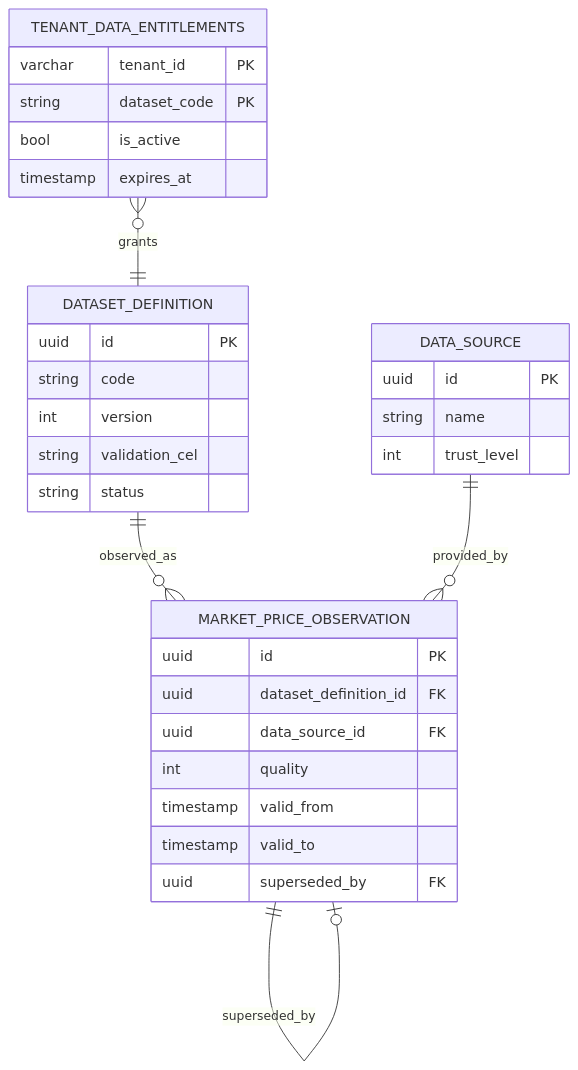
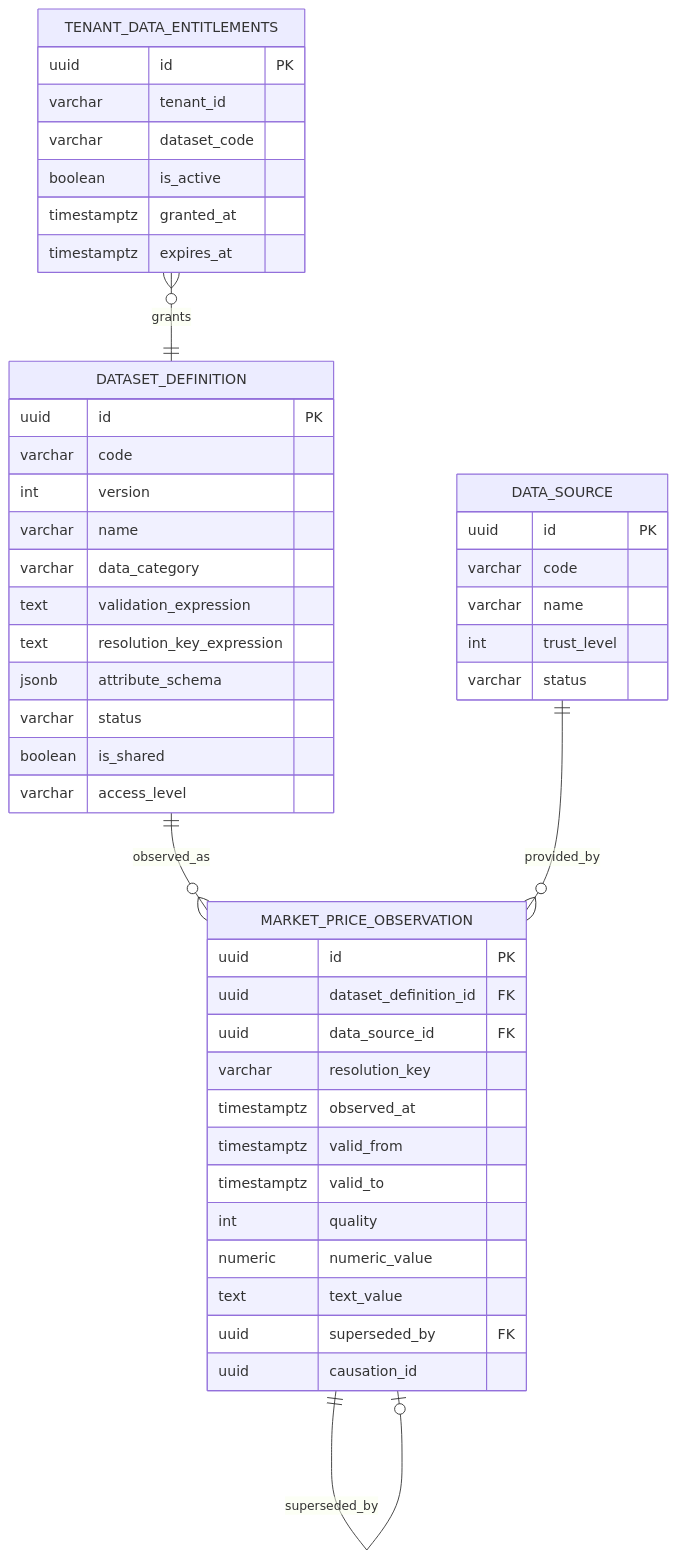
Before and after one commit to meridianhub/meridian: the tenth of 13 diagrams in docs/architecture/data-model.md, drawn with Mermaid. The commit also changed other lines of this file, not shown here.

First line of the commit message:
docs: Fill ER diagram attribute blocks with canonical schema

````diff
--- a/docs/architecture/data-model.md
+++ b/docs/architecture/data-model.md
@@ -555,34 +772,49 @@
 ```mermaid
 erDiagram
     DATASET_DEFINITION ||--o{ MARKET_PRICE_OBSERVATION : observed_as
     DATA_SOURCE ||--o{ MARKET_PRICE_OBSERVATION : provided_by
     MARKET_PRICE_OBSERVATION ||--o| MARKET_PRICE_OBSERVATION : superseded_by
     TENANT_DATA_ENTITLEMENTS }o--|| DATASET_DEFINITION : grants
     DATASET_DEFINITION {
         uuid id PK
-        string code
+        varchar code
         int version
-        string validation_cel
-        string status
+        varchar name
+        varchar data_category
+        text validation_expression
+        text resolution_key_expression
+        jsonb attribute_schema
+        varchar status
+        boolean is_shared
+        varchar access_level
     }
     DATA_SOURCE {
         uuid id PK
-        string name
+        varchar code
+        varchar name
         int trust_level
+        varchar status
     }
     MARKET_PRICE_OBSERVATION {
         uuid id PK
         uuid dataset_definition_id FK
         uuid data_source_id FK
+        varchar resolution_key
+        timestamptz observed_at
+        timestamptz valid_from
+        timestamptz valid_to
         int quality
-        timestamp valid_from
-        timestamp valid_to
+        numeric numeric_value
+        text text_value
         uuid superseded_by FK
+        uuid causation_id
     }
     TENANT_DATA_ENTITLEMENTS {
-        varchar tenant_id PK
-        string dataset_code PK
-        bool is_active
-        timestamp expires_at
+        uuid id PK
+        varchar tenant_id
+        varchar dataset_code
+        boolean is_active
+        timestamptz granted_at
+        timestamptz expires_at
     }
 ```
````
